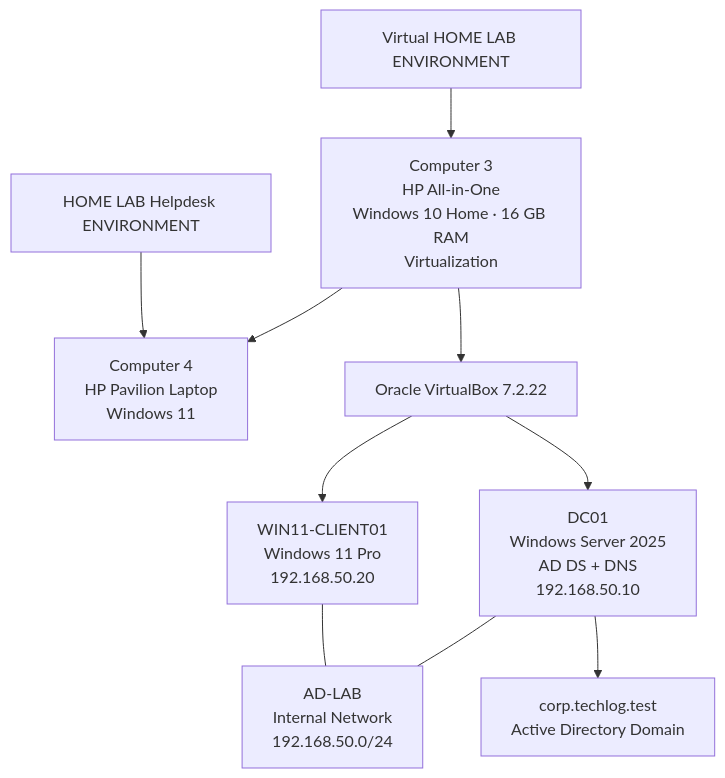
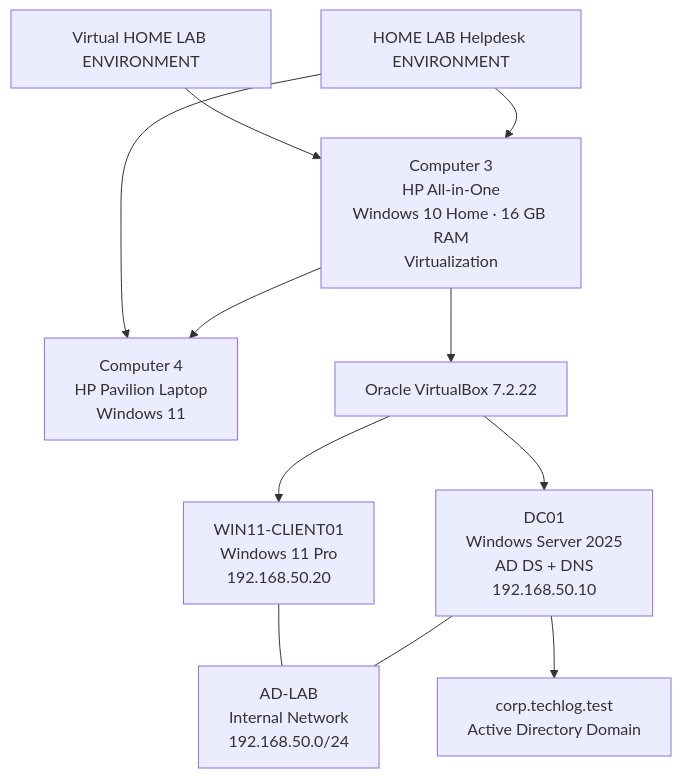
Before and after one commit to aang81a/my-it-support-portfolio: the second of 2 diagrams in PROJECTS/01-lab-environment/lab-environment-overview.md, drawn with Mermaid.

````diff
--- a/PROJECTS/01-lab-environment/lab-environment-overview.md
+++ b/PROJECTS/01-lab-environment/lab-environment-overview.md
@@ -47,25 +47,26 @@
 ```mermaid
 flowchart TB
     HOME["Virtual HOME LAB ENVIRONMENT"]
     TITLE["HOME LAB Helpdesk ENVIRONMENT"]
 
     C3["Computer 3<br/>HP All-in-One<br/>Windows 10 Home · 16 GB RAM<br/>Virtualization"]
     C4["Computer 4<br/>HP Pavilion Laptop<br/>Windows 11"]
 
     VB["Oracle VirtualBox 7.2.22"]
     CLIENT["WIN11-CLIENT01<br/>Windows 11 Pro<br/>192.168.50.20"]
     SERVER["DC01<br/>Windows Server 2025<br/>AD DS + DNS<br/>192.168.50.10"]
     NETWORK["AD-LAB<br/>Internal Network<br/>192.168.50.0/24"]
     DOMAIN["corp.techlog.test<br/>Active Directory Domain"]
 
     HOME --> C3
     TITLE --> C4
+    TITLE --> C3
     C3 --> C4
 
     C3 --> VB
     VB --> CLIENT
     VB --> SERVER
     CLIENT --- NETWORK
     SERVER --- NETWORK
     SERVER --> DOMAIN
 ```
````
